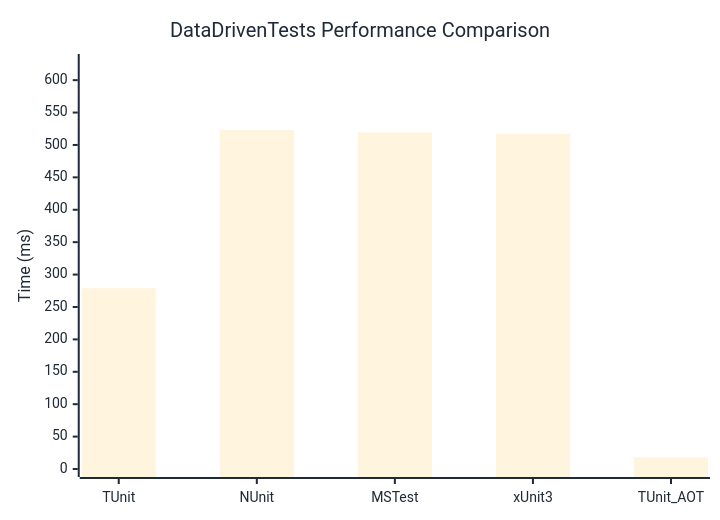
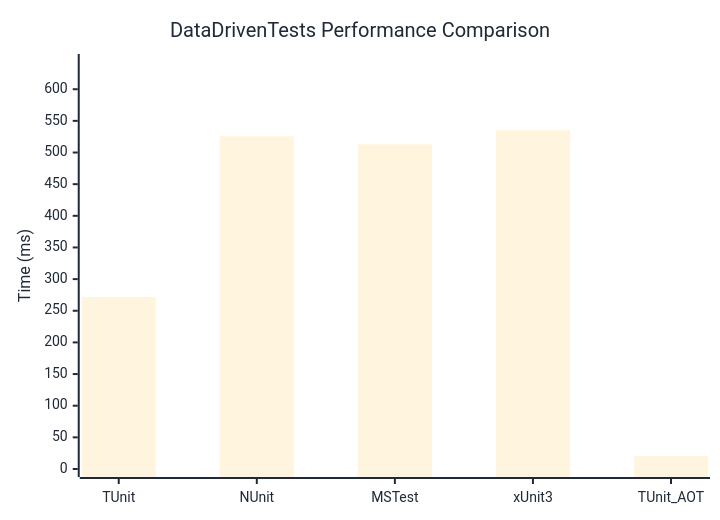
The diagram in docs/docs/benchmarks/DataDrivenTests.md (thomhurst/TUnit), drawn with Mermaid before and after one commit. The commit also changed other lines of this file and 17 other files, not shown here.

````diff
--- a/docs/docs/benchmarks/DataDrivenTests.md
+++ b/docs/docs/benchmarks/DataDrivenTests.md
@@ -27,37 +27,37 @@
 ```mermaid
 %%{init: {
   'theme':'base',
   'themeVariables': {
     'primaryColor': '#2563eb',
     'primaryTextColor': '#1f2937',
     'primaryBorderColor': '#1e40af',
     'lineColor': '#6b7280',
     'secondaryColor': '#7c3aed',
     'tertiaryColor': '#dc2626',
     'background': '#ffffff',
     'mainBkg': '#2563eb',
     'secondBkg': '#7c3aed',
     'tertiaryBkg': '#dc2626',
     'clusterBkg': '#f3f4f6',
     'edgeLabelBackground': '#ffffff',
     'tertiaryTextColor': '#1f2937',
     'pie1': '#2563eb',
     'pie2': '#7c3aed',
     'pie3': '#dc2626',
     'pie4': '#f59e0b',
     'pie5': '#10b981',
     'pie6': '#06b6d4',
     'pie7': '#ec4899',
     'pie8': '#6366f1',
     'pie9': '#84cc16',
     'pie10': '#f97316',
     'pie11': '#14b8a6',
     'pie12': '#a855f7'
   }
 }}%%
 xychart-beta
   title "DataDrivenTests Performance Comparison"
   x-axis ["TUnit", "NUnit", "MSTest", "xUnit3", "TUnit_AOT"]
-  y-axis "Time (ms)" 0 --> 628
-  bar [278.88, 522.96, 519.49, 516.82, 17.85]
+  y-axis "Time (ms)" 0 --> 643
+  bar [271.92, 525.62, 512.93, 535.27, 20.08]
 ```
````
